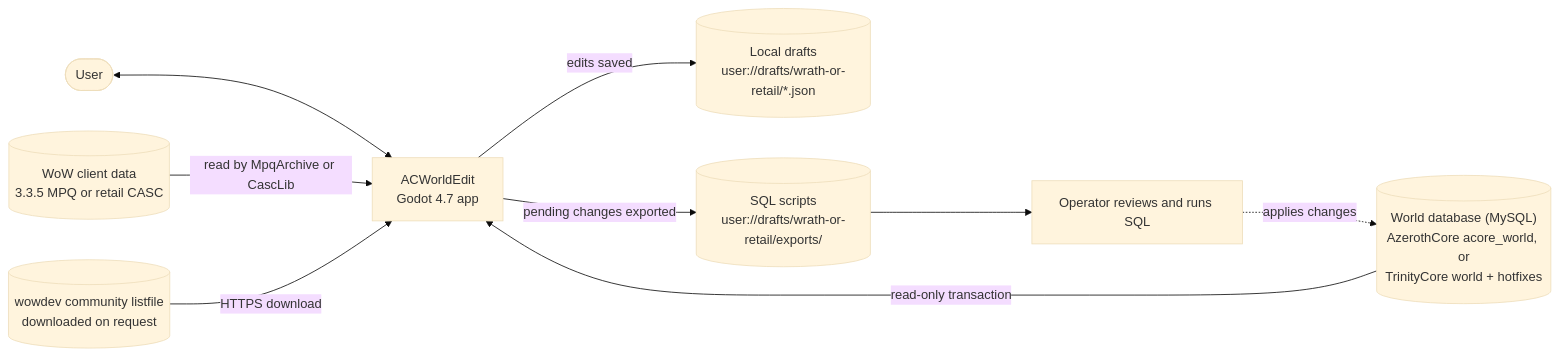
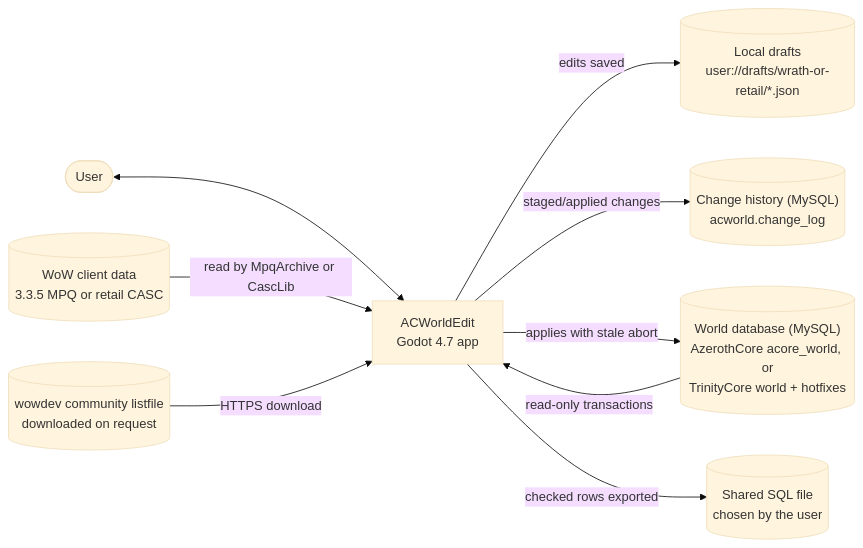
Before and after one commit to glitterfartz/ac-world-edit: the first of 2 diagrams in docs/architecture/overview.md, drawn with Mermaid (base theme). The commit also changed other lines of this file and 24 other files, not shown here.

Commit message:
feat(history): replace file SQL export with tracked acworld change log

````diff
--- a/docs/architecture/overview.md
+++ b/docs/architecture/overview.md
@@ -27,20 +29,18 @@
 ```mermaid
 flowchart LR
     user(["User"])
     app["ACWorldEdit<br/>Godot 4.7 app"]
     client[("WoW client data<br/>3.3.5 MPQ or retail CASC")]
     db[("World database (MySQL)<br/>AzerothCore acore_world, or<br/>TrinityCore world + hotfixes")]
     listfile[("wowdev community listfile<br/>downloaded on request")]
     drafts[("Local drafts<br/>user://drafts/wrath-or-retail/*.json")]
-    sql[("SQL scripts<br/>user://drafts/wrath-or-retail/exports/")]
-    dba["Operator reviews and runs SQL"]
 
     user <--> app
     client -->|read by MpqArchive or CascLib| app
-    db -->|read-only transaction| app
+    db -->|read-only transactions| app
     listfile -->|HTTPS download| app
     app -->|edits saved| drafts
-    app -->|pending changes exported| sql
-    sql --> dba
-    dba -.->|applies changes| db
+    app -->|staged/applied changes| acworld[("Change history (MySQL)<br/>acworld.change_log")]
+    app -->|applies with stale abort| db
+    app -->|checked rows exported| sql[("Shared SQL file<br/>chosen by the user")]
 ```
````
